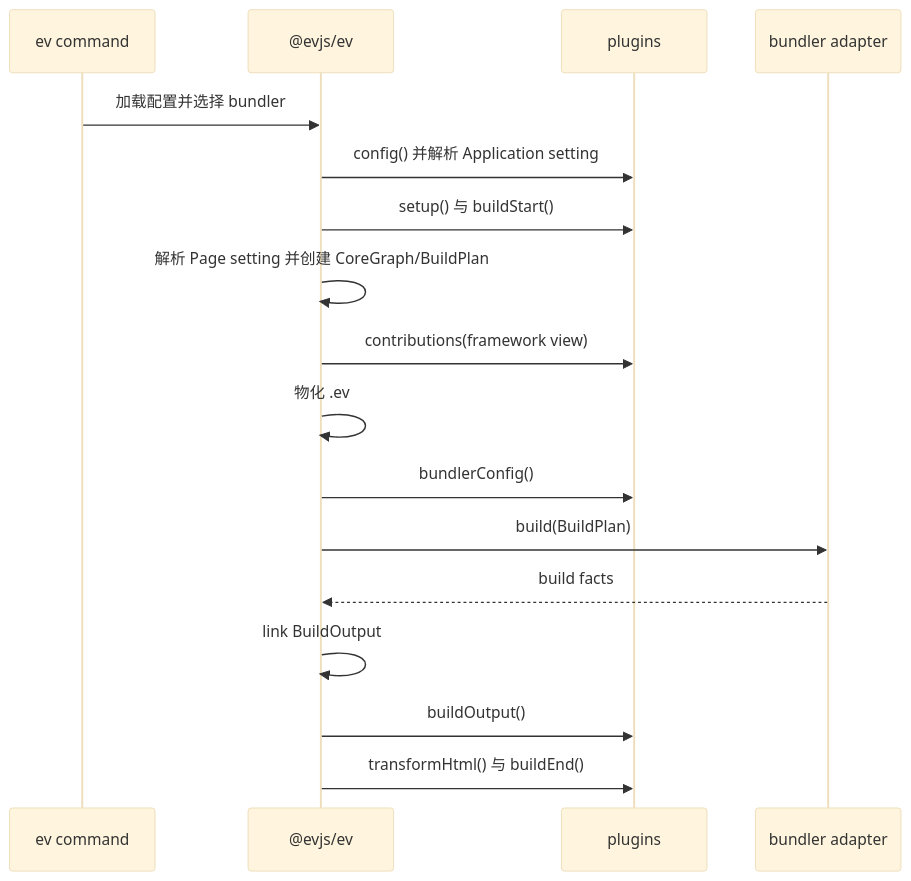
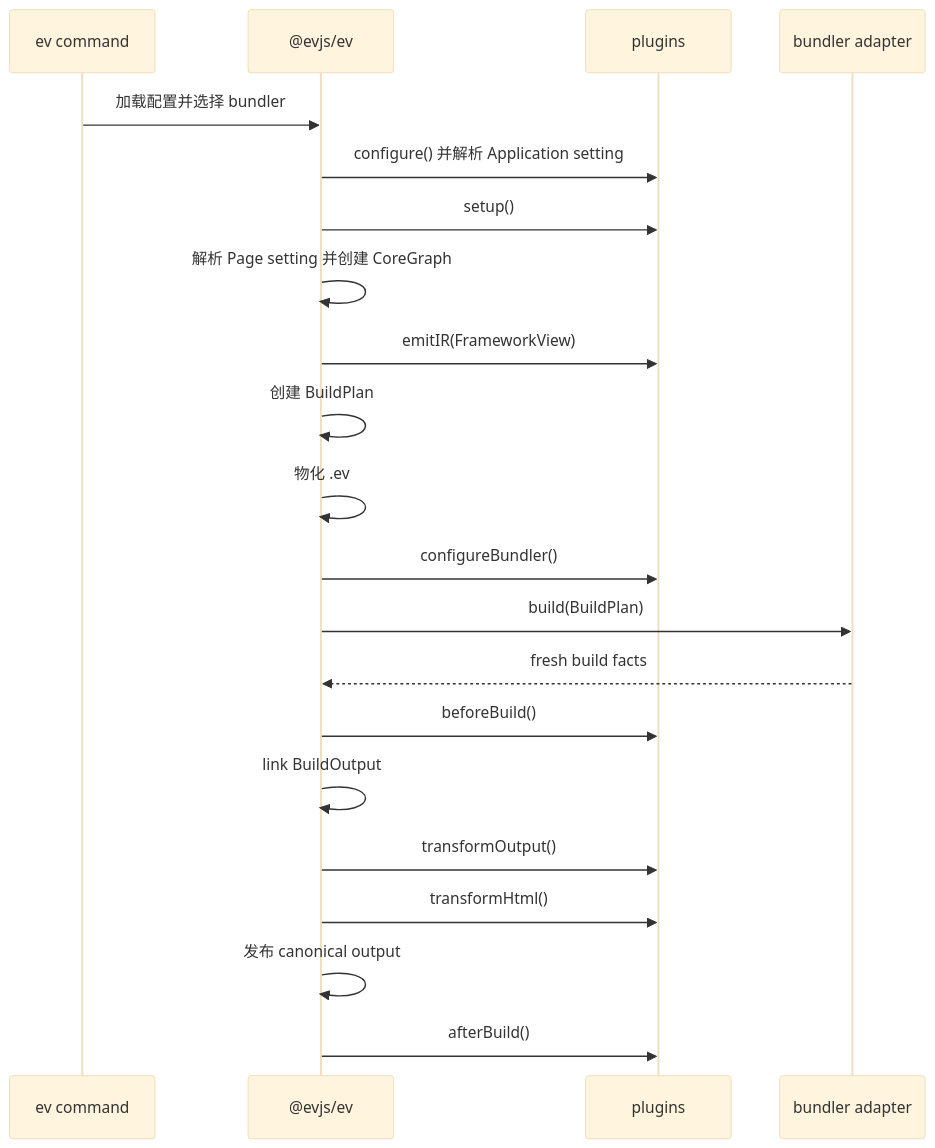
The second of 2 diagrams in docs/i18n/zh-Hans/docusaurus-plugin-content-docs/current/architecture.md (afx-team/evjs), drawn with Mermaid (base theme) before and after one commit. The commit also changed other lines of this file and 228 other files, not shown here.

Commit message:
refactor(core): simplify plugin and runtime boundaries (#69)

````diff
--- a/docs/i18n/zh-Hans/docusaurus-plugin-content-docs/current/architecture.md
+++ b/docs/i18n/zh-Hans/docusaurus-plugin-content-docs/current/architecture.md
@@ -89,20 +89,24 @@
 ```mermaid
 sequenceDiagram
   participant CLI as ev command
   participant Core as @evjs/ev
   participant Plugin as plugins
   participant Bundler as bundler adapter
 
   CLI->>Core: 加载配置并选择 bundler
-  Core->>Plugin: config() 并解析 Application setting
-  Core->>Plugin: setup() 与 buildStart()
-  Core->>Core: 解析 Page setting 并创建 CoreGraph/BuildPlan
-  Core->>Plugin: contributions(framework view)
+  Core->>Plugin: configure() 并解析 Application setting
+  Core->>Plugin: setup()
+  Core->>Core: 解析 Page setting 并创建 CoreGraph
+  Core->>Plugin: emitIR(FrameworkView)
+  Core->>Core: 创建 BuildPlan
   Core->>Core: 物化 .ev
-  Core->>Plugin: bundlerConfig()
+  Core->>Plugin: configureBundler()
   Core->>Bundler: build(BuildPlan)
-  Bundler-->>Core: build facts
+  Bundler-->>Core: fresh build facts
+  Core->>Plugin: beforeBuild()
   Core->>Core: link BuildOutput
-  Core->>Plugin: buildOutput()
-  Core->>Plugin: transformHtml() 与 buildEnd()
+  Core->>Plugin: transformOutput()
+  Core->>Plugin: transformHtml()
+  Core->>Core: 发布 canonical output
+  Core->>Plugin: afterBuild()
 ```
````
